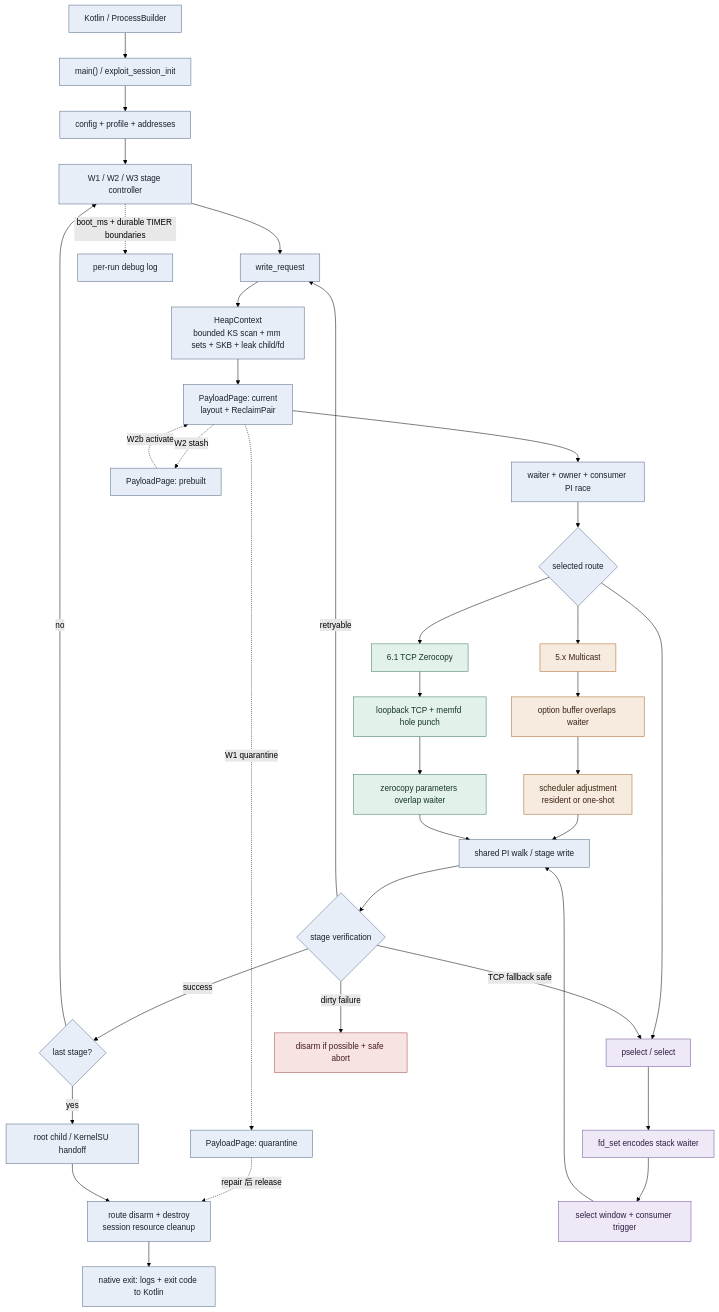
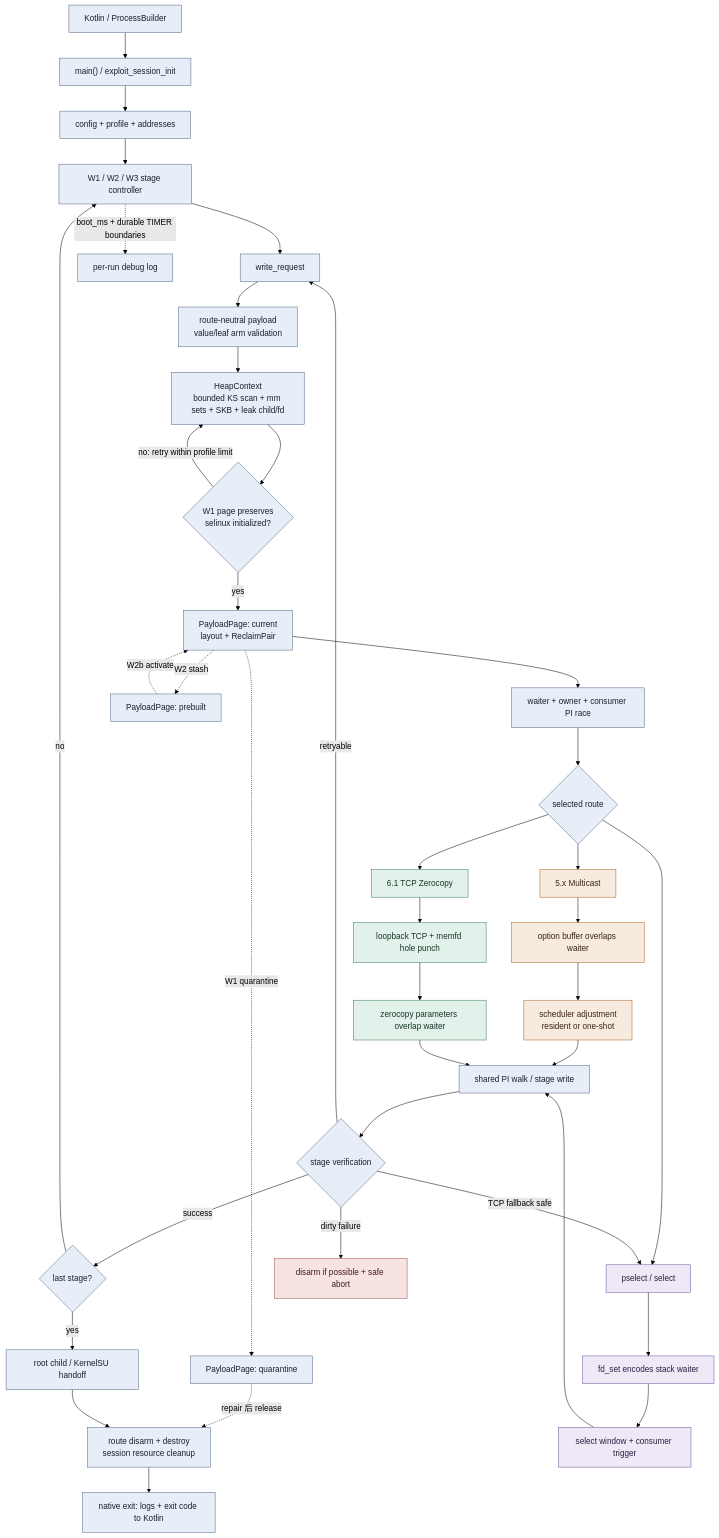
Before and after one commit to YuKongA/ghostlock-app: the first of 2 diagrams in analysis/native-decoupling-plan.md, drawn with Mermaid (forest theme). The commit also changed other lines of this file and 3 other files, not shown here.

````diff
--- a/analysis/native-decoupling-plan.md
+++ b/analysis/native-decoupling-plan.md
@@ -200,55 +200,58 @@
 ```mermaid
 flowchart TD
     Start["Kotlin / ProcessBuilder"] --> Main["main() / exploit_session_init"]
     Main --> Init["config + profile + addresses"]
     Init --> Stage["W1 / W2 / W3 stage controller"]
     Stage --> Request["write_request"]
-    Request --> Heap["HeapContext<br/>bounded KS scan + mm sets + SKB + leak child/fd"]
-    Heap --> Current["PayloadPage: current<br/>layout + ReclaimPair"]
+    Request --> Payload["route-neutral payload<br/>value/leaf arm validation"]
+    Payload --> Heap["HeapContext<br/>bounded KS scan + mm sets + SKB + leak child/fd"]
+    Heap --> Accept{"W1 page preserves<br/>selinux initialized?"}
+    Accept -->|no: retry within profile limit| Heap
+    Accept -->|yes| Current["PayloadPage: current<br/>layout + ReclaimPair"]
     Current --> Race["waiter + owner + consumer PI race"]
     Current -. "W2 stash" .-> Prebuilt["PayloadPage: prebuilt"]
     Prebuilt -. "W2b activate" .-> Current
     Current -. "W1 quarantine" .-> Quarantine["PayloadPage: quarantine"]
     Quarantine -. "repair 后 release" .-> Cleanup
     Race --> Choice{"selected route"}
 
     Choice --> MC1["5.x Multicast"]
     MC1 --> MC2["option buffer overlaps waiter"]
     MC2 --> MC3["scheduler adjustment<br/>resident or one-shot"]
 
     Choice --> TCP1["6.1 TCP Zerocopy"]
     TCP1 --> TCP2["loopback TCP + memfd hole punch"]
     TCP2 --> TCP3["zerocopy parameters overlap waiter"]
 
     Choice --> PS1["pselect / select"]
     PS1 --> PS2["fd_set encodes stack waiter"]
     PS2 --> PS3["select window + consumer trigger"]
 
     MC3 --> Write["shared PI walk / stage write"]
     TCP3 --> Write
     PS3 --> Write
     Write --> Verify{"stage verification"}
 
     Verify -->|success| Advance{"last stage?"}
     Verify -->|retryable| Request
     Verify -->|TCP fallback safe| PS1
     Verify -->|dirty failure| Abort["disarm if possible + safe abort"]
 
     Advance -->|no| Stage
     Advance -->|yes| Handoff["root child / KernelSU handoff"]
     Handoff --> Cleanup["route disarm + destroy<br/>session resource cleanup"]
     Cleanup --> End["native exit: logs + exit code to Kotlin"]
     Stage -. "boot_ms + durable TIMER boundaries" .-> Log["per-run debug log"]
 
     classDef common fill:#e8eef8,stroke:#506784,color:#17202a;
     classDef multicast fill:#f7eadf,stroke:#a86628,color:#3b2412;
     classDef tcp fill:#e2f2eb,stroke:#397a58,color:#173426;
     classDef pselect fill:#eee8f7,stroke:#70539a,color:#2c1e40;
     classDef failure fill:#f8e3e3,stroke:#a24a4a,color:#421b1b;
 
-    class Start,Main,Init,Stage,Request,Heap,Current,Prebuilt,Quarantine,Race,Choice,Write,Verify,Advance,Handoff,Cleanup,End,Log common;
+    class Start,Main,Init,Stage,Request,Payload,Heap,Accept,Current,Prebuilt,Quarantine,Race,Choice,Write,Verify,Advance,Handoff,Cleanup,End,Log common;
     class MC1,MC2,MC3 multicast;
     class TCP1,TCP2,TCP3 tcp;
     class PS1,PS2,PS3 pselect;
     class Abort failure;
 ```
````
